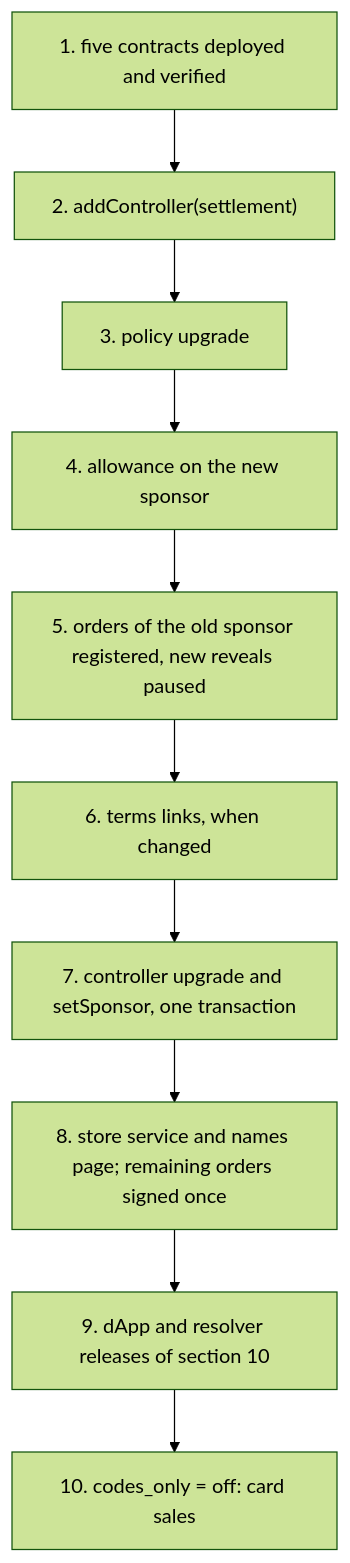
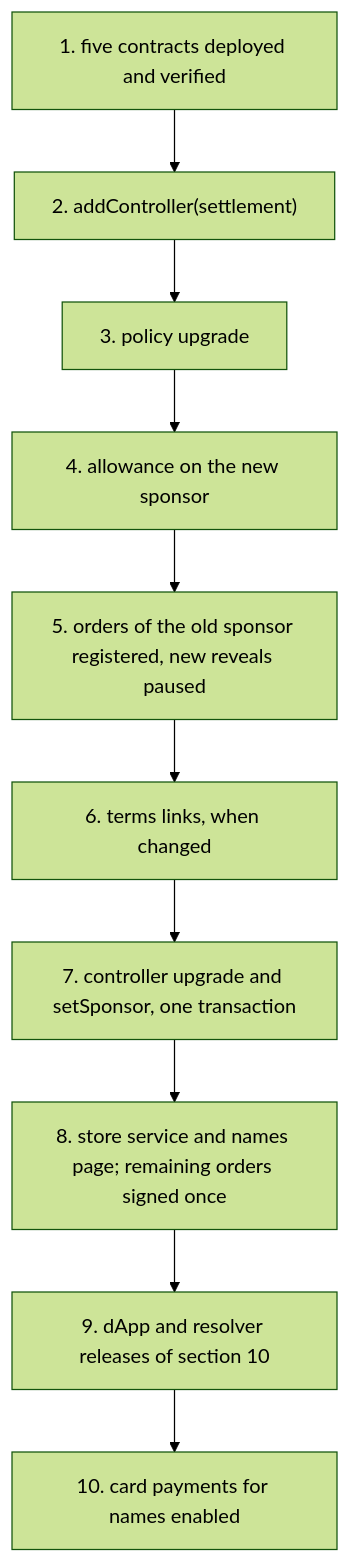
Before and after one commit to brenzi-agent/simplex-namespace-contract: the fifth of 7 diagrams in docs/plans/payment-reversal.md, drawn with Mermaid (forest theme). The commit also changed other lines of this file, not shown here.

````diff
--- a/docs/plans/payment-reversal.md
+++ b/docs/plans/payment-reversal.md
@@ -346,12 +358,12 @@
 ```mermaid
 flowchart TD
   s1["1. five contracts deployed and verified"] --> s2["2. addController(settlement)"]
   s2 --> s3["3. policy upgrade"]
   s3 --> s4["4. allowance on the new sponsor"]
   s4 --> s5["5. orders of the old sponsor registered, new reveals paused"]
   s5 --> s6["6. terms links, when changed"]
   s6 --> s7["7. controller upgrade and setSponsor, one transaction"]
   s7 --> s8["8. store service and names page; remaining orders signed once"]
   s8 --> s9["9. dApp and resolver releases of section 10"]
-  s9 --> s10["10. codes_only = off: card sales"]
+  s9 --> s10["10. card payments for names enabled"]
 ```
````
